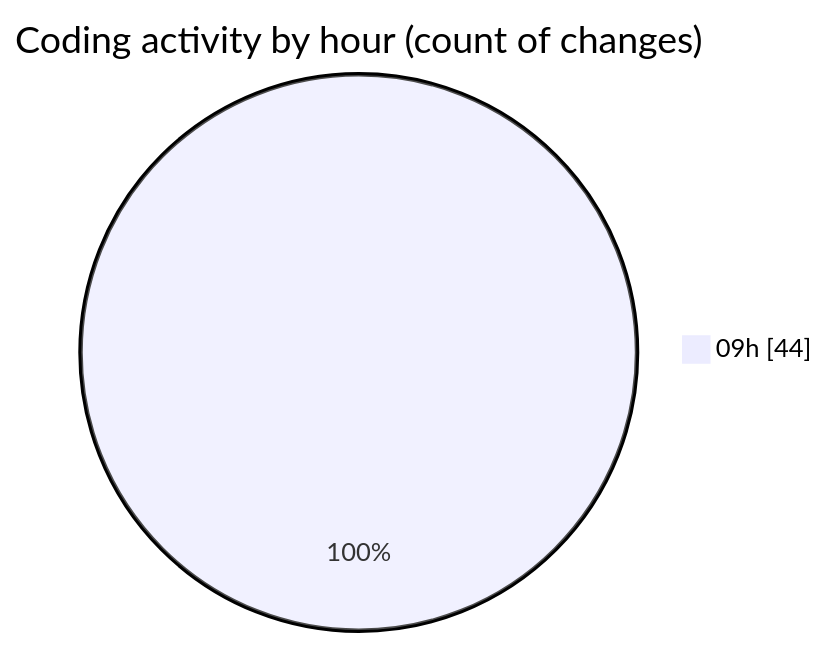
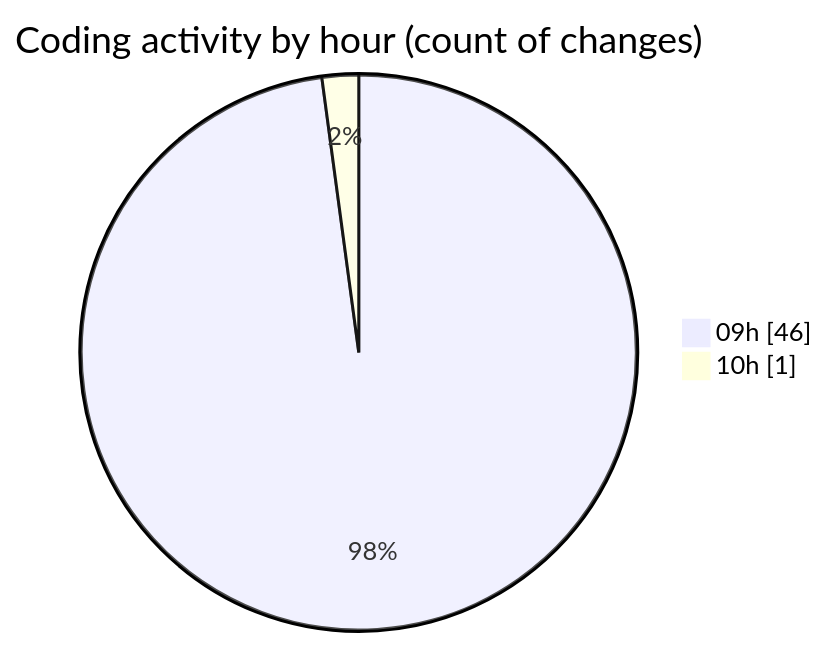
Before and after one commit to momahboobian/code-tracking: the second of 2 diagrams in 2025-03-25/cda/README.md, drawn with Mermaid. The commit also changed other lines of this file and 1 other file, not shown here.

````diff
--- a/2025-03-25/cda/README.md
+++ b/2025-03-25/cda/README.md
@@ -46,5 +46,6 @@
 ```mermaid
 pie showData
 title Coding activity by hour (count of changes)
-"09h" : 44
+"09h" : 46
+"10h" : 1
 ```
````
